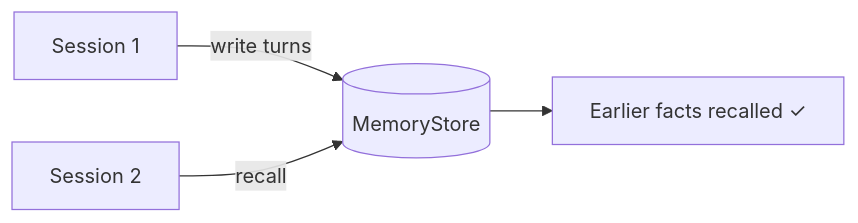
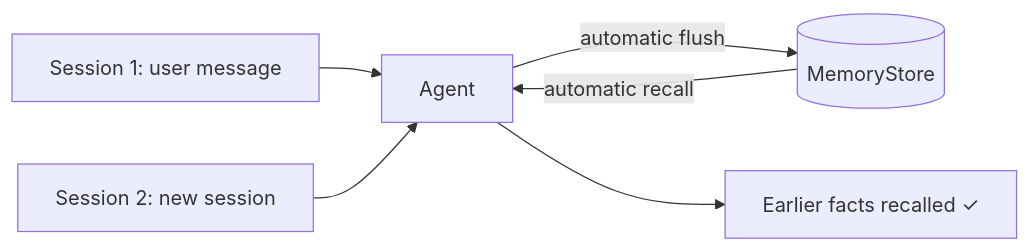
Before and after one commit to axsaucedo/kaos: the diagram in docs/examples/memory.md, drawn with Mermaid. The commit also changed other lines of this file and 3 other files, not shown here.

First line of the commit message:
docs(examples): rework the memory example around an agent using the store

````diff
--- a/docs/examples/memory.md
+++ b/docs/examples/memory.md
@@ -26,6 +26,8 @@
 ```mermaid
 graph LR
-    S1[Session 1] -->|write turns| M[(MemoryStore)]
-    S2[Session 2] -->|recall| M
-    M --> R[Earlier facts recalled ✓]
+    U1[Session 1: user message] --> A[Agent]
+    A -->|automatic flush| M[(MemoryStore)]
+    U2[Session 2: new session] --> A
+    M -->|automatic recall| A
+    A --> R[Earlier facts recalled ✓]
 ```
````
